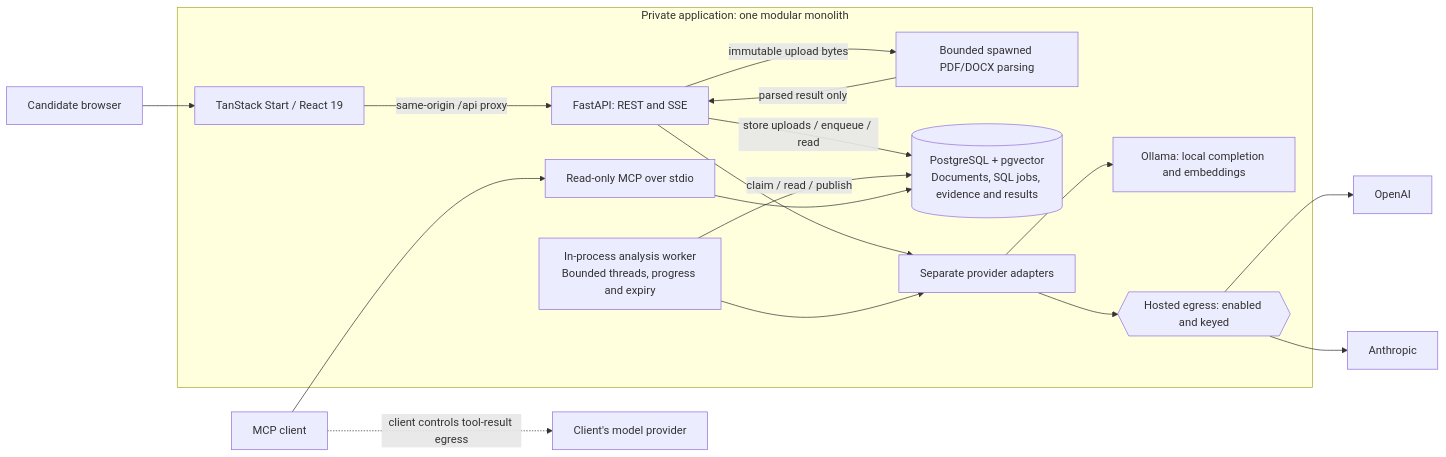
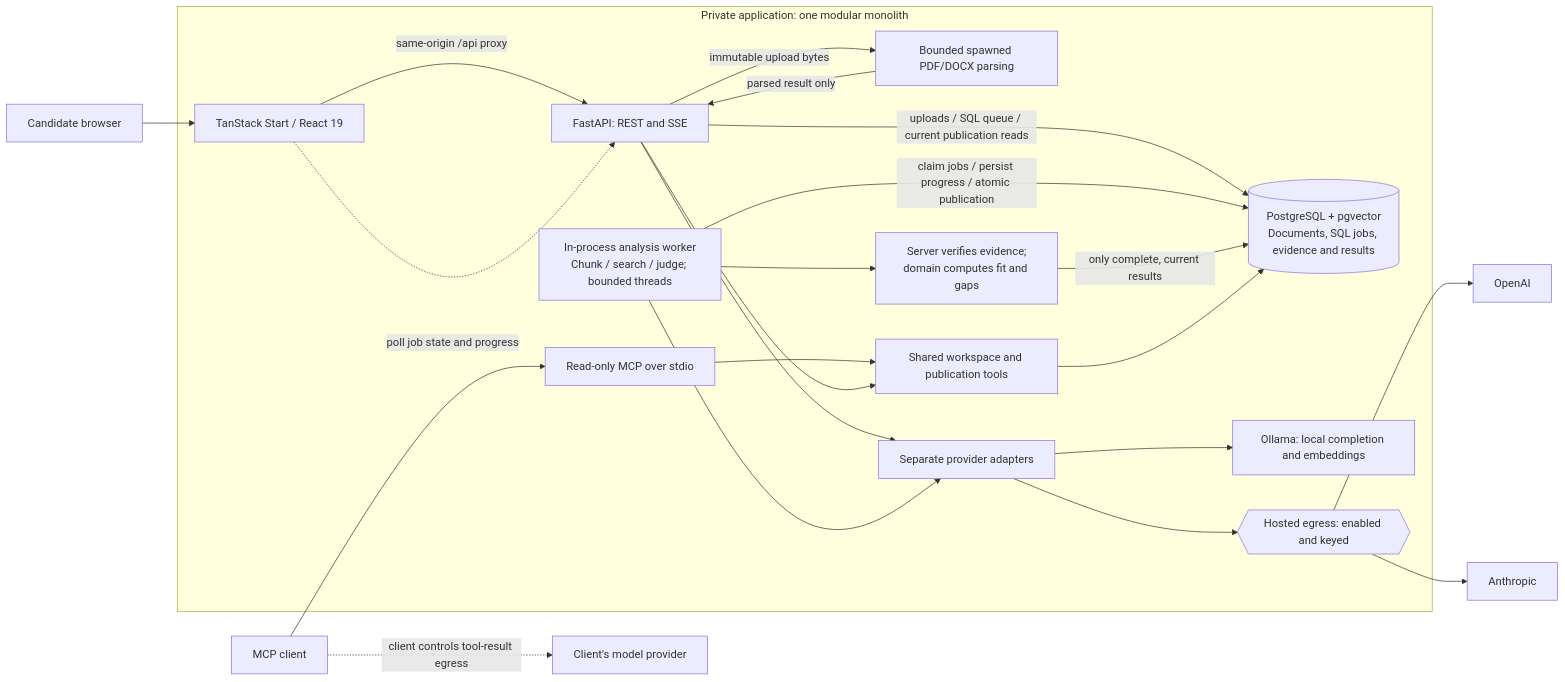
One commit to ArifMehmood16/career-intelligence-assistant changed the diagram in README.md. Above: the diagram before and after it, drawn with Mermaid. The commit also changed other lines of this file and 18 other files, not shown here.

Commit message:
docs: refresh architecture and illustrated usage guide

````diff
--- a/README.md
+++ b/README.md
@@ -58,20 +60,25 @@
 ```mermaid
 flowchart LR
   candidate["Candidate browser"] --> web["TanStack Start / React 19"]
   subgraph app["Private application: one modular monolith"]
     web -->|same-origin /api proxy| api["FastAPI: REST and SSE"]
     api -->|immutable upload bytes| parse["Bounded spawned PDF/DOCX parsing"]
     parse -->|parsed result only| api
-    api -->|store uploads / enqueue / read| db[("PostgreSQL + pgvector<br/>Documents, SQL jobs, evidence and results")]
-    worker["In-process analysis worker<br/>Bounded threads, progress and expiry"] -->|claim / read / publish| db
+    api -->|uploads / SQL queue / current publication reads| db[("PostgreSQL + pgvector<br/>Documents, SQL jobs, evidence and results")]
+    worker["In-process analysis worker<br/>Chunk / search / judge; bounded threads"] -->|claim jobs / persist progress / atomic publication| db
+    web -.->|poll job state and progress| api
+    worker --> verify["Server verifies evidence;<br/>domain computes fit and gaps"]
+    verify -->|only complete, current results| db
     api --> adapters["Separate provider adapters"]
     worker --> adapters
     adapters --> local["Ollama: local completion and embeddings"]
     adapters --> gate{{"Hosted egress: enabled and keyed"}}
-    mcp["Read-only MCP over stdio"] --> db
+    mcp["Read-only MCP over stdio"] --> tools["Shared workspace and publication tools"]
+    api --> tools
+    tools --> db
   end
   gate --> openai["OpenAI"]
   gate --> anthropic["Anthropic"]
   client["MCP client"] --> mcp
   client -.->|client controls tool-result egress| clientmodel["Client's model provider"]
 ```
````
